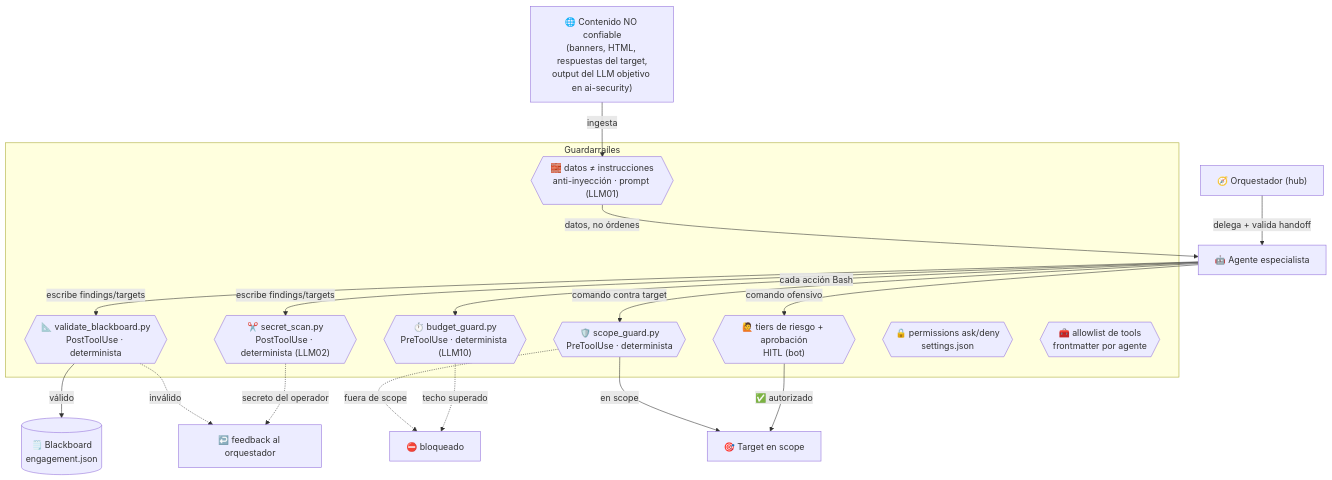
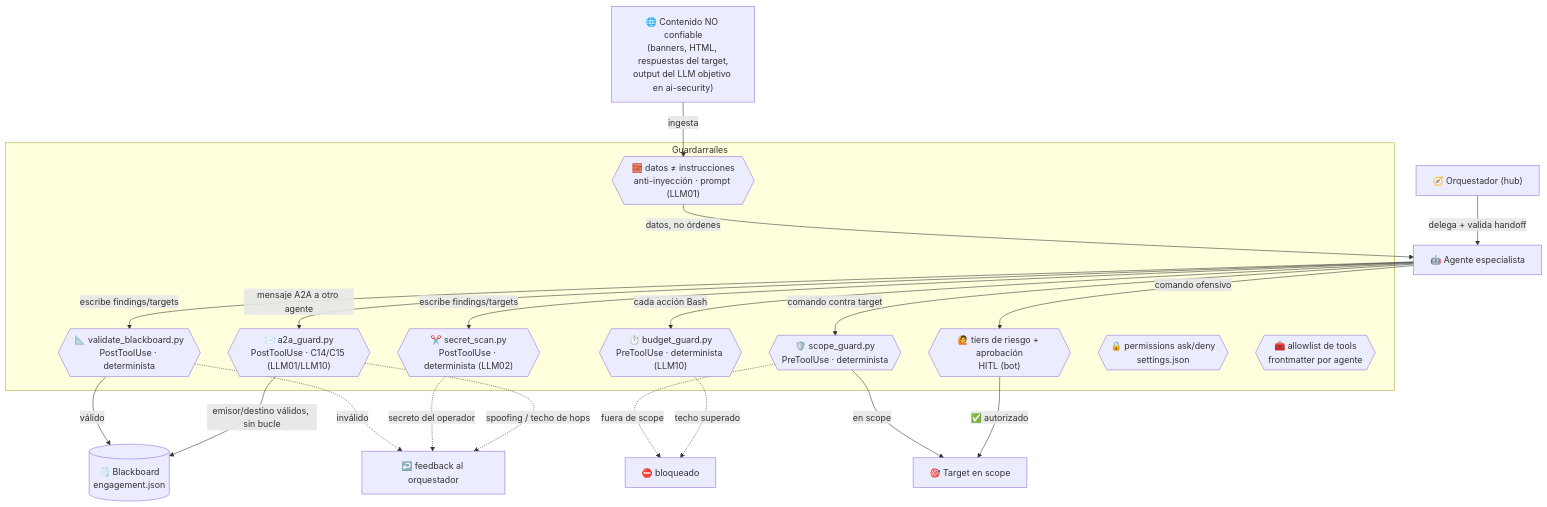
The diagram in GUARDRAILS.md (devPruebaDataunix/Data-Attack-Offensive-Tools), drawn with Mermaid before and after one commit. The commit also changed other lines of this file and 40 other files, not shown here.

````diff
--- a/GUARDRAILS.md
+++ b/GUARDRAILS.md
@@ -18,36 +18,40 @@
 ```mermaid
 flowchart TB
     UNTRUSTED["🌐 Contenido NO confiable<br/>(banners, HTML, respuestas del target,<br/>output del LLM objetivo en ai-security)"]
     AGENT["🤖 Agente especialista"]
     ORQ["🧭 Orquestador (hub)"]
     BB[("🗒️ Blackboard<br/>engagement.json")]
     TARGET["🎯 Target en scope"]
 
     UNTRUSTED -->|ingesta| G_INJECT
     G_INJECT -->|datos, no órdenes| AGENT
     ORQ -->|delega + valida handoff| AGENT
     AGENT -->|escribe findings/targets| G_SCHEMA
     AGENT -->|escribe findings/targets| G_REDACT
     AGENT -->|cada acción Bash| G_BUDGET
     AGENT -->|comando contra target| G_SCOPE
     AGENT -->|comando ofensivo| G_HITL
+    AGENT -->|mensaje A2A a otro agente| G_A2A
 
     subgraph GATES["Guardarraíles"]
         G_INJECT{{"🧱 datos ≠ instrucciones<br/>anti-inyección · prompt (LLM01)"}}
         G_SCOPE{{"🛡️ scope_guard.py<br/>PreToolUse · determinista"}}
         G_BUDGET{{"⏱️ budget_guard.py<br/>PreToolUse · determinista (LLM10)"}}
         G_HITL{{"🙋 tiers de riesgo + aprobación<br/>HITL (bot)"}}
         G_PERM{{"🔒 permissions ask/deny<br/>settings.json"}}
         G_TOOLS{{"🧰 allowlist de tools<br/>frontmatter por agente"}}
         G_SCHEMA{{"📐 validate_blackboard.py<br/>PostToolUse · determinista"}}
         G_REDACT{{"✂️ secret_scan.py<br/>PostToolUse · determinista (LLM02)"}}
+        G_A2A{{"✉️ a2a_guard.py<br/>PostToolUse · C14/C15 (LLM01/LLM10)"}}
     end
 
     G_SCOPE -->|en scope| TARGET
     G_SCOPE -.->|fuera de scope| BLOCK["⛔ bloqueado"]
     G_BUDGET -.->|techo superado| BLOCK
     G_HITL -->|✅ autorizado| TARGET
     G_SCHEMA -->|válido| BB
     G_SCHEMA -.->|inválido| FIX["↩️ feedback al orquestador"]
     G_REDACT -.->|secreto del operador| FIX
+    G_A2A -->|emisor/destino válidos, sin bucle| BB
+    G_A2A -.->|spoofing / techo de hops| FIX
 ```
````
